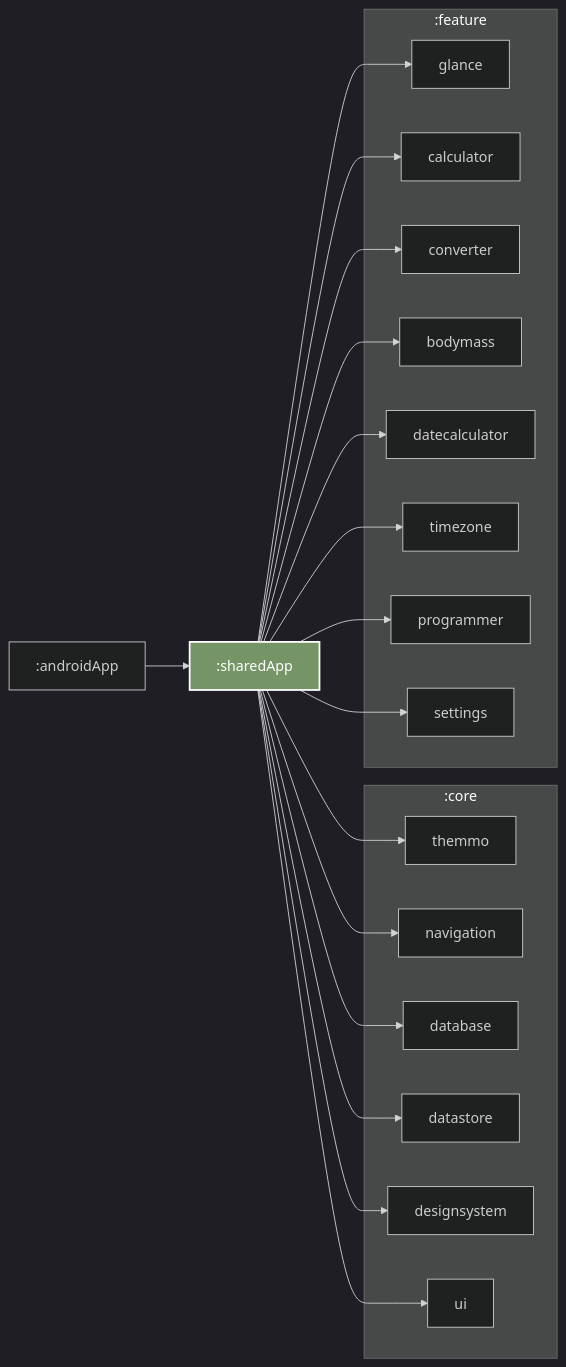
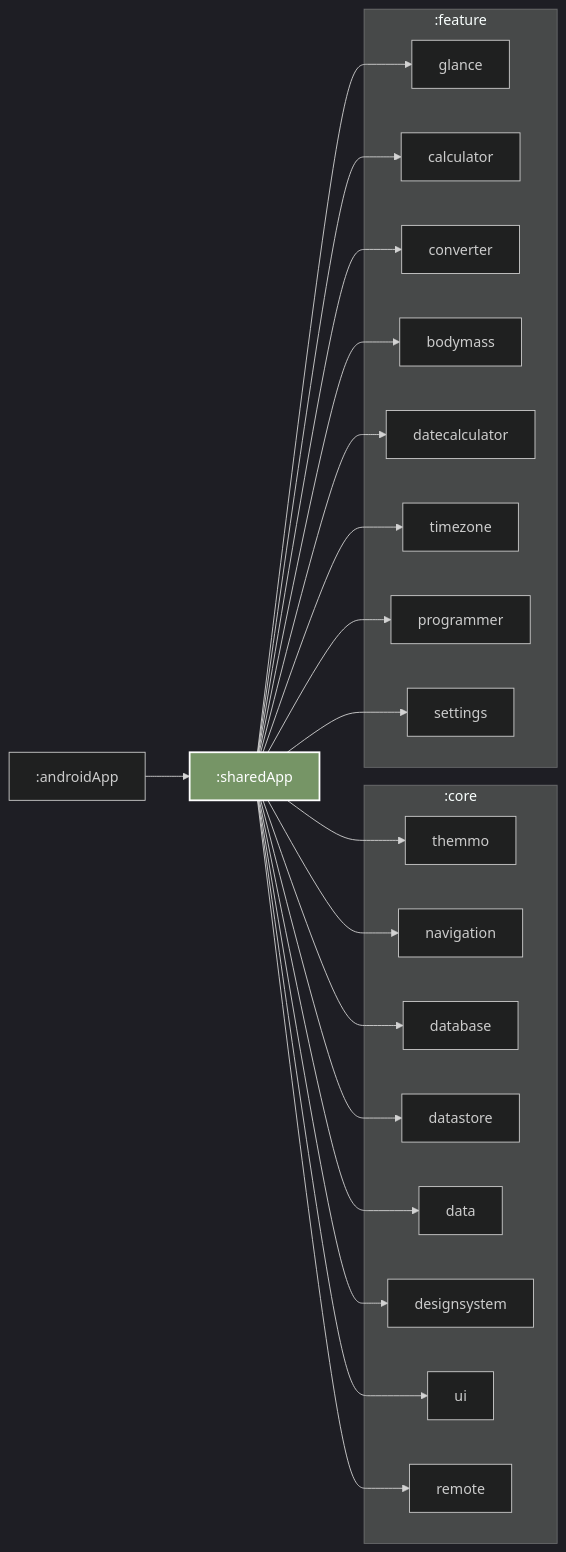
One commit to sadellie/unitto changed the diagram in sharedApp/README.md. Above: the diagram before and after it, drawn with Mermaid. The commit also changed 143 other files, not shown here.

````diff
--- a/sharedApp/README.md
+++ b/sharedApp/README.md
@@ -7,45 +7,49 @@
 ```mermaid
 %%{
   init: {
     'theme': 'dark'
   }
 }%%
 
 graph LR
   subgraph :core
     :core:themmo["themmo"]
     :core:navigation["navigation"]
     :core:database["database"]
     :core:datastore["datastore"]
+    :core:data["data"]
     :core:designsystem["designsystem"]
     :core:ui["ui"]
+    :core:remote["remote"]
   end
   subgraph :feature
     :feature:glance["glance"]
     :feature:calculator["calculator"]
     :feature:converter["converter"]
     :feature:bodymass["bodymass"]
     :feature:datecalculator["datecalculator"]
     :feature:timezone["timezone"]
     :feature:programmer["programmer"]
     :feature:settings["settings"]
   end
   :sharedApp --> :feature:glance
   :sharedApp --> :core:themmo
   :sharedApp --> :core:navigation
   :sharedApp --> :core:database
   :sharedApp --> :core:datastore
+  :sharedApp --> :core:data
   :sharedApp --> :core:designsystem
   :sharedApp --> :core:ui
+  :sharedApp --> :core:remote
   :sharedApp --> :feature:calculator
   :sharedApp --> :feature:converter
   :sharedApp --> :feature:bodymass
   :sharedApp --> :feature:datecalculator
   :sharedApp --> :feature:timezone
   :sharedApp --> :feature:programmer
   :sharedApp --> :feature:settings
   :androidApp --> :sharedApp
 
 classDef focus fill:#769566,stroke:#fff,stroke-width:2px,color:#fff;
 class :sharedApp focus
 ```
````
